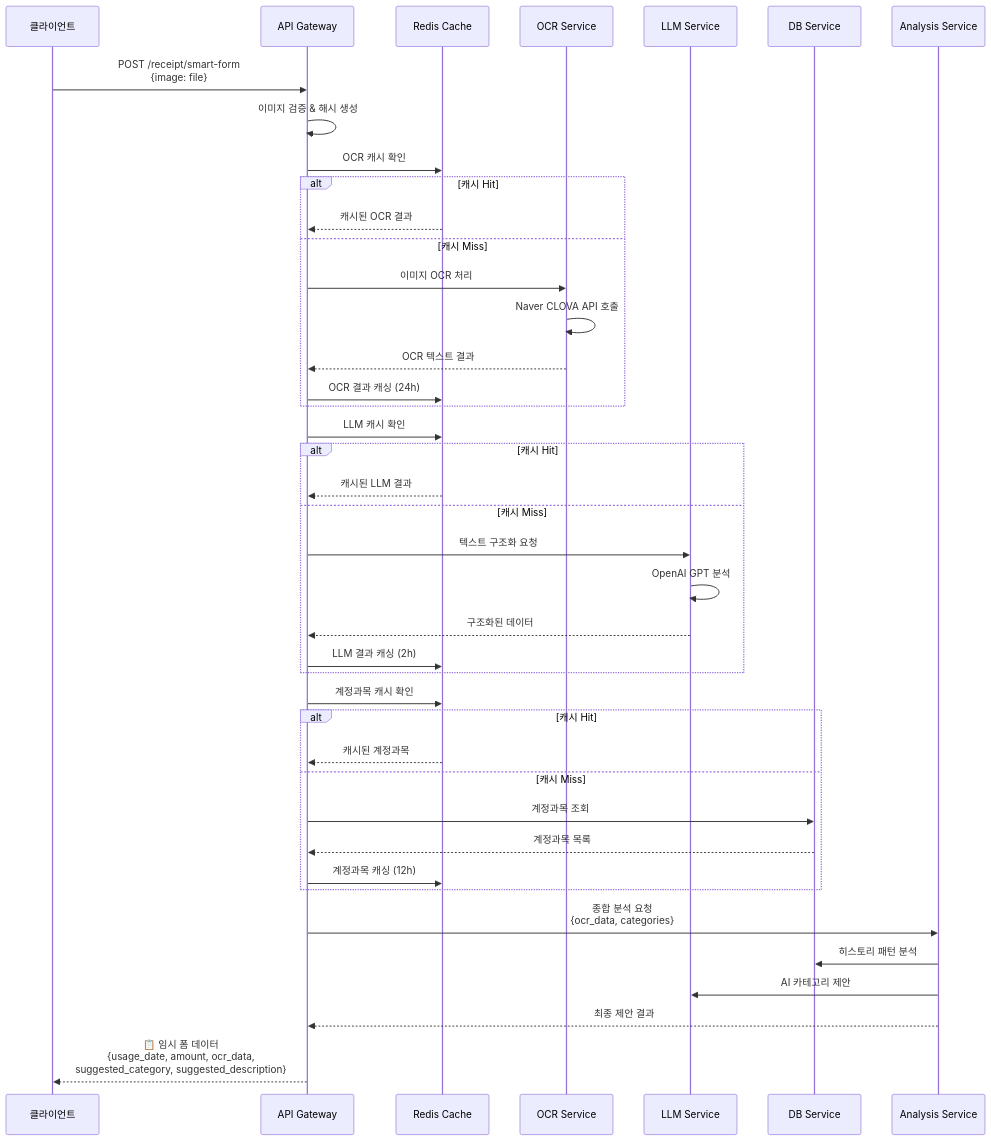
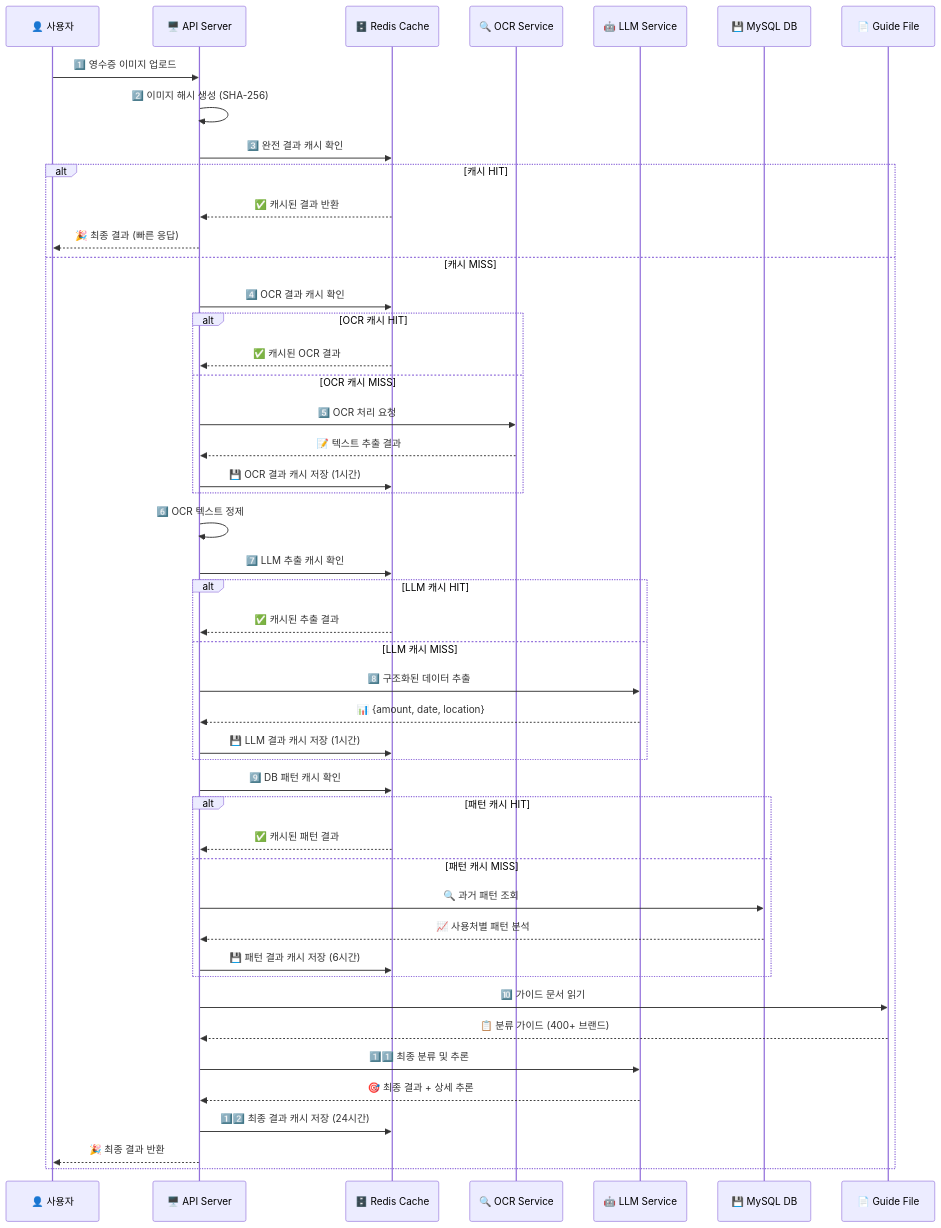
The second of 4 diagrams in README.md (myungkeun02/Receipt-OCR-Agent), drawn with Mermaid before and after one commit. The commit also changed other lines of this file and 22 other files, not shown here.

````diff
--- a/README.md
+++ b/README.md
@@ -170,49 +171,56 @@
 ```mermaid
 sequenceDiagram
-    participant C as 클라이언트
-    participant A as API Gateway
-    participant CACHE as Redis Cache
-    participant OCR as OCR Service
-    participant LLM as LLM Service
-    participant DB as DB Service
-    participant ANAL as Analysis Service
+    participant U as 👤 사용자
+    participant A as 🖥️ API Server
+    participant R as 🗄️ Redis Cache
+    participant O as 🔍 OCR Service
+    participant L as 🤖 LLM Service
+    participant D as 💾 MySQL DB
+    participant G as 📄 Guide File
 
-    C->>A: POST /receipt/smart-form<br/>{image: file}
-    A->>A: 이미지 검증 & 해시 생성
+    U->>A: 1️⃣ 영수증 이미지 업로드
+    A->>A: 2️⃣ 이미지 해시 생성 (SHA-256)
 
-    A->>CACHE: OCR 캐시 확인
-    alt 캐시 Hit
-        CACHE-->>A: 캐시된 OCR 결과
-    else 캐시 Miss
-        A->>OCR: 이미지 OCR 처리
-        OCR->>OCR: Naver CLOVA API 호출
-        OCR-->>A: OCR 텍스트 결과
-        A->>CACHE: OCR 결과 캐싱 (24h)
+    A->>R: 3️⃣ 완전 결과 캐시 확인
+    alt 캐시 HIT
+        R-->>A: ✅ 캐시된 결과 반환
+        A-->>U: 🎉 최종 결과 (빠른 응답)
+    else 캐시 MISS
+        A->>R: 4️⃣ OCR 결과 캐시 확인
+        alt OCR 캐시 HIT
+            R-->>A: ✅ 캐시된 OCR 결과
+        else OCR 캐시 MISS
+            A->>O: 5️⃣ OCR 처리 요청
+            O-->>A: 📝 텍스트 추출 결과
+            A->>R: 💾 OCR 결과 캐시 저장 (1시간)
+        end
+
+        A->>A: 6️⃣ OCR 텍스트 정제
+        A->>R: 7️⃣ LLM 추출 캐시 확인
+        alt LLM 캐시 HIT
+            R-->>A: ✅ 캐시된 추출 결과
+        else LLM 캐시 MISS
+            A->>L: 8️⃣ 구조화된 데이터 추출
+            L-->>A: 📊 {amount, date, location}
+            A->>R: 💾 LLM 결과 캐시 저장 (1시간)
+        end
+
+        A->>R: 9️⃣ DB 패턴 캐시 확인
+        alt 패턴 캐시 HIT
+            R-->>A: ✅ 캐시된 패턴 결과
+        else 패턴 캐시 MISS
+            A->>D: 🔍 과거 패턴 조회
+            D-->>A: 📈 사용처별 패턴 분석
+            A->>R: 💾 패턴 결과 캐시 저장 (6시간)
+        end
+
+        A->>G: 🔟 가이드 문서 읽기
+        G-->>A: 📋 분류 가이드 (400+ 브랜드)
+
+        A->>L: 1️⃣1️⃣ 최종 분류 및 추론
+        L-->>A: 🎯 최종 결과 + 상세 추론
+
+        A->>R: 1️⃣2️⃣ 최종 결과 캐시 저장 (24시간)
+        A-->>U: 🎉 최종 결과 반환
     end
-
-    A->>CACHE: LLM 캐시 확인
-    alt 캐시 Hit
-        CACHE-->>A: 캐시된 LLM 결과
-    else 캐시 Miss
-        A->>LLM: 텍스트 구조화 요청
-        LLM->>LLM: OpenAI GPT 분석
-        LLM-->>A: 구조화된 데이터
-        A->>CACHE: LLM 결과 캐싱 (2h)
-    end
-
-    A->>CACHE: 계정과목 캐시 확인
-    alt 캐시 Hit
-        CACHE-->>A: 캐시된 계정과목
-    else 캐시 Miss
-        A->>DB: 계정과목 조회
-        DB-->>A: 계정과목 목록
-        A->>CACHE: 계정과목 캐싱 (12h)
-    end
-
-    A->>ANAL: 종합 분석 요청<br/>{ocr_data, categories}
-    ANAL->>DB: 히스토리 패턴 분석
-    ANAL->>LLM: AI 카테고리 제안
-    ANAL-->>A: 최종 제안 결과
-
-    A-->>C: 📋 임시 폼 데이터<br/>{usage_date, amount, ocr_data,<br/>suggested_category, suggested_description}
 ```
````
